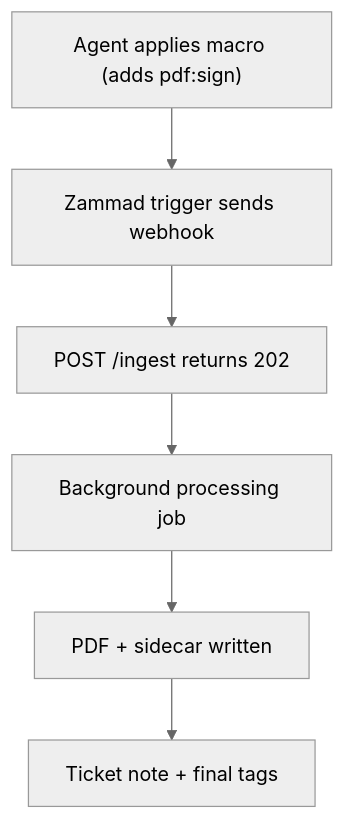
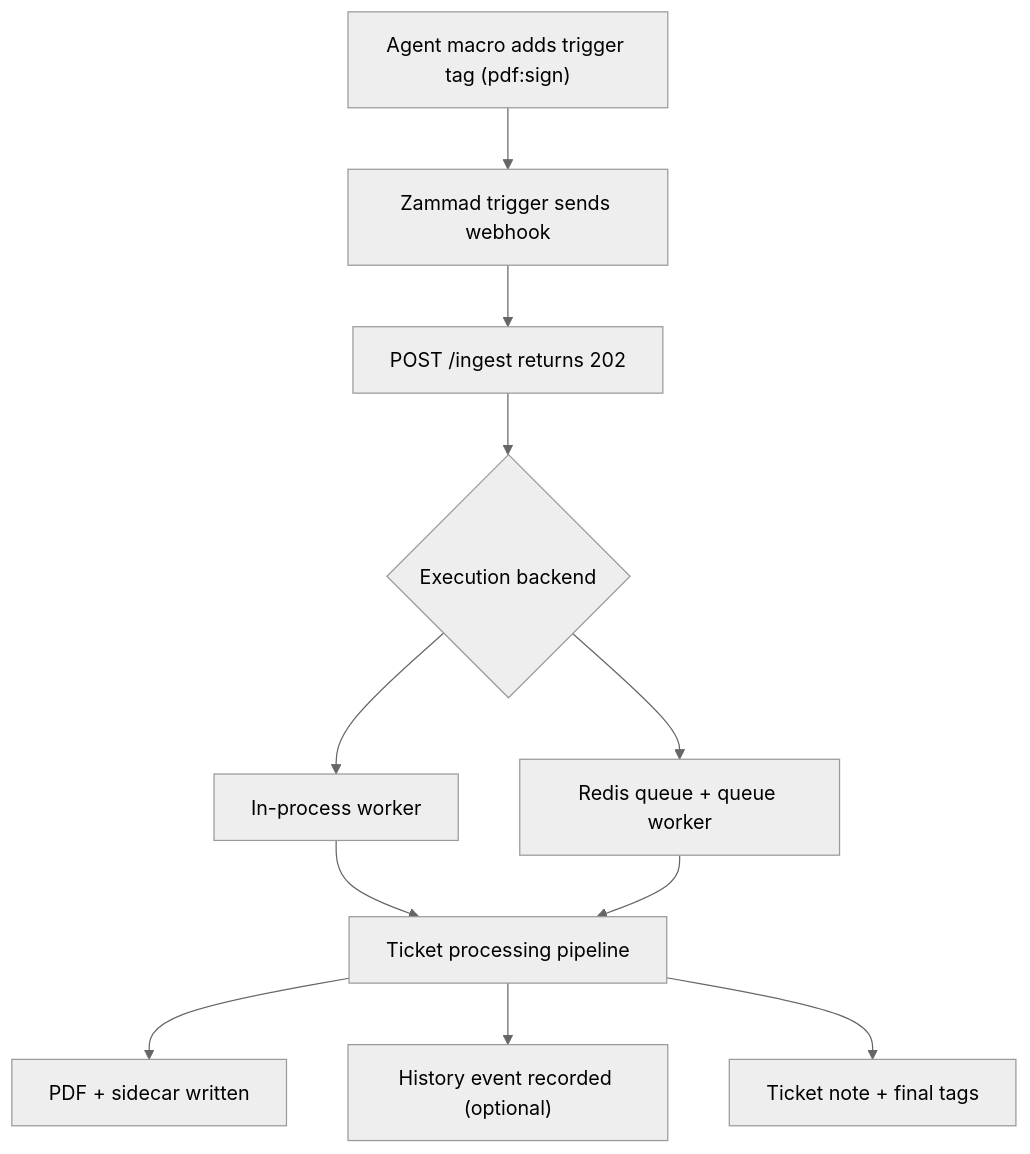
One commit to sebastianspicker/zammad-ticket-archiver changed the second of 2 diagrams in README.md. Above: the diagram before and after it, drawn with Mermaid (neutral theme). The commit also changed other lines of this file and 29 other files, not shown here.

````diff
--- a/README.md
+++ b/README.md
@@ -123,8 +128,13 @@
 ```mermaid
 flowchart TD
-  A["Agent applies macro (adds pdf:sign)"] --> B["Zammad trigger sends webhook"]
+  A["Agent macro adds trigger tag (pdf:sign)"] --> B["Zammad trigger sends webhook"]
   B --> C["POST /ingest returns 202"]
-  C --> D["Background processing job"]
-  D --> E["PDF + sidecar written"]
-  E --> F["Ticket note + final tags"]
+  C --> D{"Execution backend"}
+  D --> E["In-process worker"]
+  D --> F["Redis queue + queue worker"]
+  E --> G["Ticket processing pipeline"]
+  F --> G
+  G --> H["PDF + sidecar written"]
+  G --> I["History event recorded (optional)"]
+  G --> J["Ticket note + final tags"]
 ```
````
